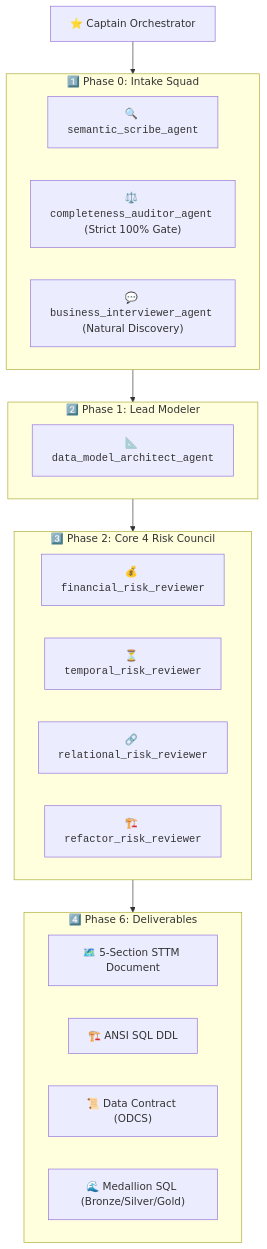
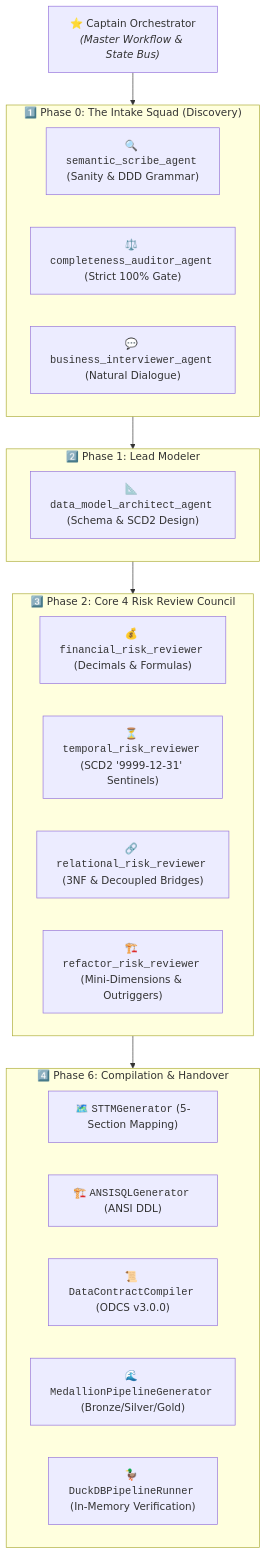
The second of 2 diagrams in README.md (rachardv/data-model-architect), drawn with Mermaid before and after one commit. The commit also changed other lines of this file, not shown here.

Commit message:
docs(readme): add comprehensive user guide for dual-workflow execution and deliverable specs

````diff
--- a/README.md
+++ b/README.md
@@ -46,30 +149,31 @@
 ```mermaid
 flowchart TD
-    CAPTAIN["⭐ Captain Orchestrator"]
+    CAPTAIN["⭐ Captain Orchestrator<br/><i>(Master Workflow & State Bus)</i>"]
 
-    subgraph PHASE0["1️⃣ Phase 0: Intake Squad"]
-        S1["🔍 <code>semantic_scribe_agent</code>"]
+    subgraph PHASE0["1️⃣ Phase 0: The Intake Squad (Discovery)"]
+        S1["🔍 <code>semantic_scribe_agent</code> (Sanity & DDD Grammar)"]
         S2["⚖️ <code>completeness_auditor_agent</code> (Strict 100% Gate)"]
-        S3["💬 <code>business_interviewer_agent</code> (Natural Discovery)"]
+        S3["💬 <code>business_interviewer_agent</code> (Natural Dialogue)"]
     end
 
     subgraph PHASE1["2️⃣ Phase 1: Lead Modeler"]
-        D1["📐 <code>data_model_architect_agent</code>"]
+        D1["📐 <code>data_model_architect_agent</code> (Schema & SCD2 Design)"]
     end
 
-    subgraph PHASE2["3️⃣ Phase 2: Core 4 Risk Council"]
-        R1["💰 <code>financial_risk_reviewer</code>"]
-        R2["⏳ <code>temporal_risk_reviewer</code>"]
-        R3["🔗 <code>relational_risk_reviewer</code>"]
-        R4["🏗️ <code>refactor_risk_reviewer</code>"]
+    subgraph PHASE2["3️⃣ Phase 2: Core 4 Risk Review Council"]
+        R1["💰 <code>financial_risk_reviewer</code> (Decimals & Formulas)"]
+        R2["⏳ <code>temporal_risk_reviewer</code> (SCD2 '9999-12-31' Sentinels)"]
+        R3["🔗 <code>relational_risk_reviewer</code> (3NF & Decoupled Bridges)"]
+        R4["🏗️ <code>refactor_risk_reviewer</code> (Mini-Dimensions & Outriggers)"]
     end
 
-    subgraph PHASE6["4️⃣ Phase 6: Deliverables"]
-        O1["🗺️ 5-Section STTM Document"]
-        O2["🏗️ ANSI SQL DDL"]
-        O3["📜 Data Contract (ODCS)"]
-        O4["🌊 Medallion SQL (Bronze/Silver/Gold)"]
+    subgraph PHASE6["4️⃣ Phase 6: Compilation & Handover"]
+        C1["🗺️ <code>STTMGenerator</code> (5-Section Mapping)"]
+        C2["🏗️ <code>ANSISQLGenerator</code> (ANSI DDL)"]
+        C3["📜 <code>DataContractCompiler</code> (ODCS v3.0.0)"]
+        C4["🌊 <code>MedallionPipelineGenerator</code> (Bronze/Silver/Gold)"]
+        C5["🦆 <code>DuckDBPipelineRunner</code> (In-Memory Verification)"]
     end
 
     CAPTAIN --> PHASE0 --> PHASE1 --> PHASE2 --> PHASE6
 ```
````
